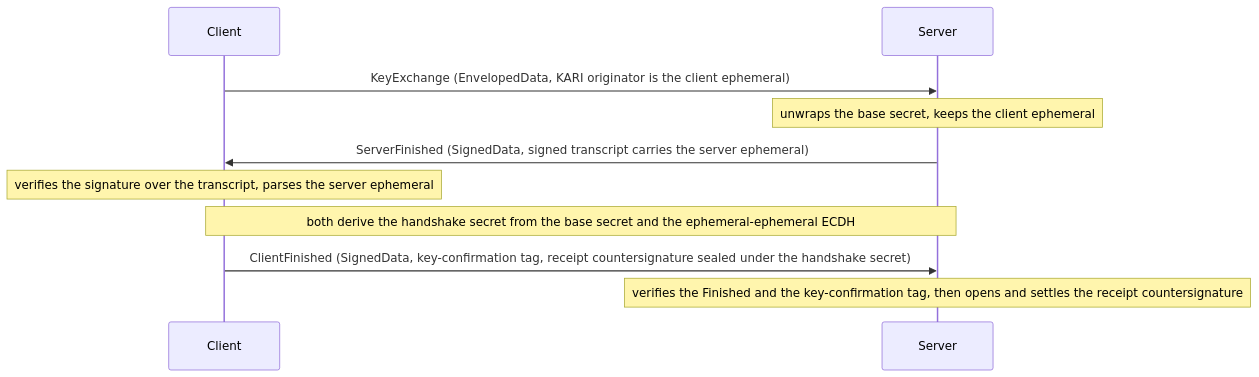
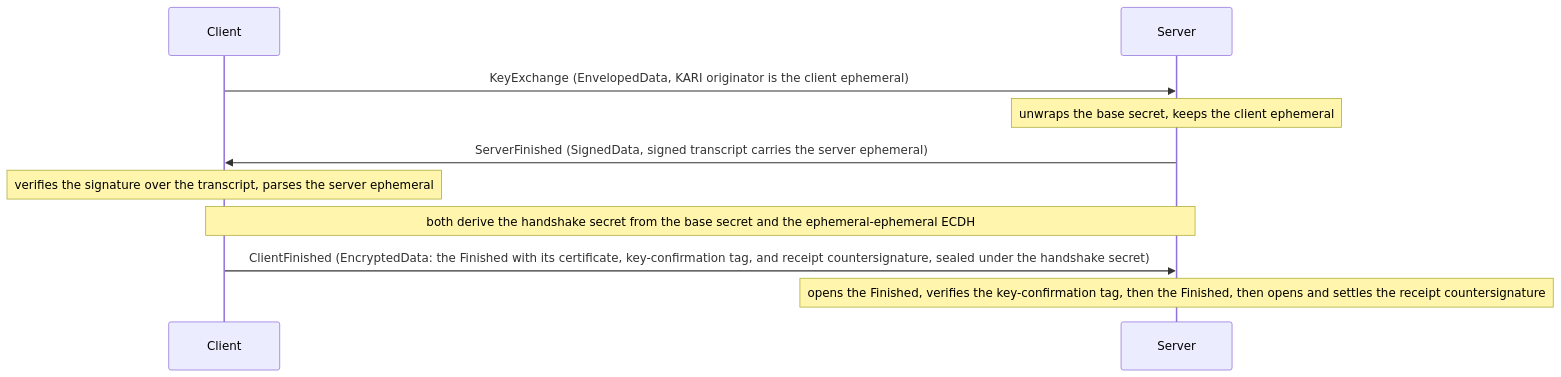
Before and after one commit to wahidgroup/tightbeam: the third of 6 diagrams in docs/handshake.md, drawn with Mermaid. The commit also changed other lines of this file and 28 other files, not shown here.

Commit message:
fix(transport)!: seal the client identity in the handshake

````diff
--- a/docs/handshake.md
+++ b/docs/handshake.md
@@ -115,12 +122,12 @@
 ```mermaid
 sequenceDiagram
     participant C as Client
     participant S as Server
     C->>S: KeyExchange (EnvelopedData, KARI originator is the client ephemeral)
     Note over S: unwraps the base secret, keeps the client ephemeral
     S->>C: ServerFinished (SignedData, signed transcript carries the server ephemeral)
     Note over C: verifies the signature over the transcript, parses the server ephemeral
     Note over C,S: both derive the handshake secret from the base secret and the ephemeral-ephemeral ECDH
-    C->>S: ClientFinished (SignedData, key-confirmation tag, receipt countersignature sealed under the handshake secret)
-    Note over S: verifies the Finished and the key-confirmation tag, then opens and settles the receipt countersignature
+    C->>S: ClientFinished (EncryptedData: the Finished with its certificate, key-confirmation tag, and receipt countersignature, sealed under the handshake secret)
+    Note over S: opens the Finished, verifies the key-confirmation tag, then the Finished, then opens and settles the receipt countersignature
 ```
````
